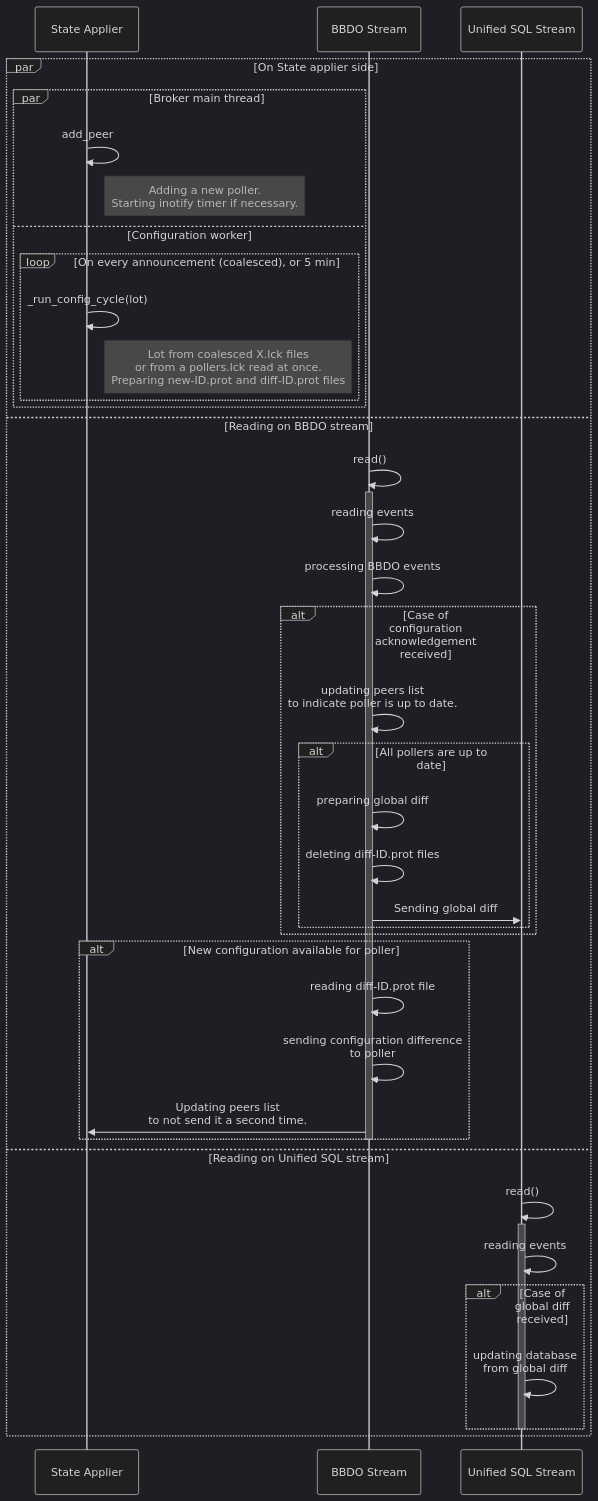
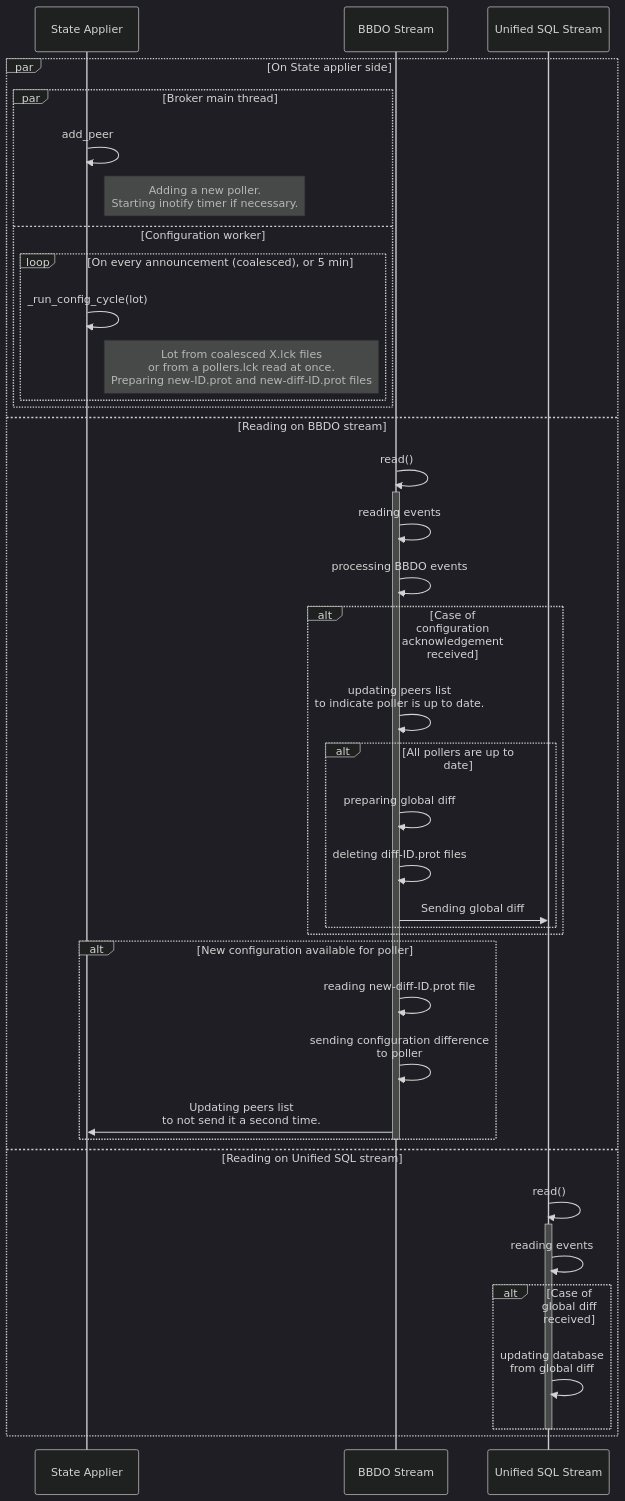
One commit to centreon/centreon-collect changed the seventh of 13 diagrams in doc/nego-engine-broker/02-configuration-delivery-en.md. Above: the diagram before and after it, drawn with Mermaid (dark theme). The commit also changed other lines of this file and 7 other files, not shown here.

````diff
--- a/doc/nego-engine-broker/02-configuration-delivery-en.md
+++ b/doc/nego-engine-broker/02-configuration-delivery-en.md
@@ -387,45 +370,45 @@
 ```mermaid
 sequenceDiagram
 participant S as State Applier
 participant BBDO as BBDO Stream
 participant USQL as Unified SQL Stream
 
 par On State applier side
     par Broker main thread
     S ->> S: add_peer
     note right of S: Adding a new poller.<br/>Starting inotify timer if necessary.
     and Configuration worker
         loop On every announcement (coalesced), or 5 min
             S ->> S: _run_config_cycle(lot)
-            note right of S: Lot from coalesced X.lck files<br/>or from a pollers.lck read at once.<br/>Preparing new-ID.prot and diff-ID.prot files
+            note right of S: Lot from coalesced X.lck files<br/>or from a pollers.lck read at once.<br/>Preparing new-ID.prot and new-diff-ID.prot files
         end
     end
 and Reading on BBDO stream
     BBDO ->> BBDO: read()
     activate BBDO
     BBDO ->> BBDO: reading events
     BBDO ->> BBDO: processing BBDO events
     alt Case of configuration acknowledgement received
         BBDO ->> BBDO: updating peers list<br/>to indicate poller is up to date.
         alt All pollers are up to date
             BBDO ->> BBDO: preparing global diff
             BBDO ->> BBDO: deleting diff-ID.prot files
             BBDO ->> USQL: Sending global diff
         end
     end
     alt New configuration available for poller
-    BBDO ->> BBDO: reading diff-ID.prot file
+    BBDO ->> BBDO: reading new-diff-ID.prot file
     BBDO ->> BBDO: sending configuration difference<br/>to poller
     BBDO ->> S: Updating peers list<br/>to not send it a second time.
     end
     deactivate BBDO
 and Reading on Unified SQL stream
     USQL ->> USQL: read()
     activate USQL
     USQL ->> USQL: reading events
     alt Case of global diff received
         USQL ->> USQL: updating database<br/>from global diff
     end
     deactivate USQL
 end
 ```
````
